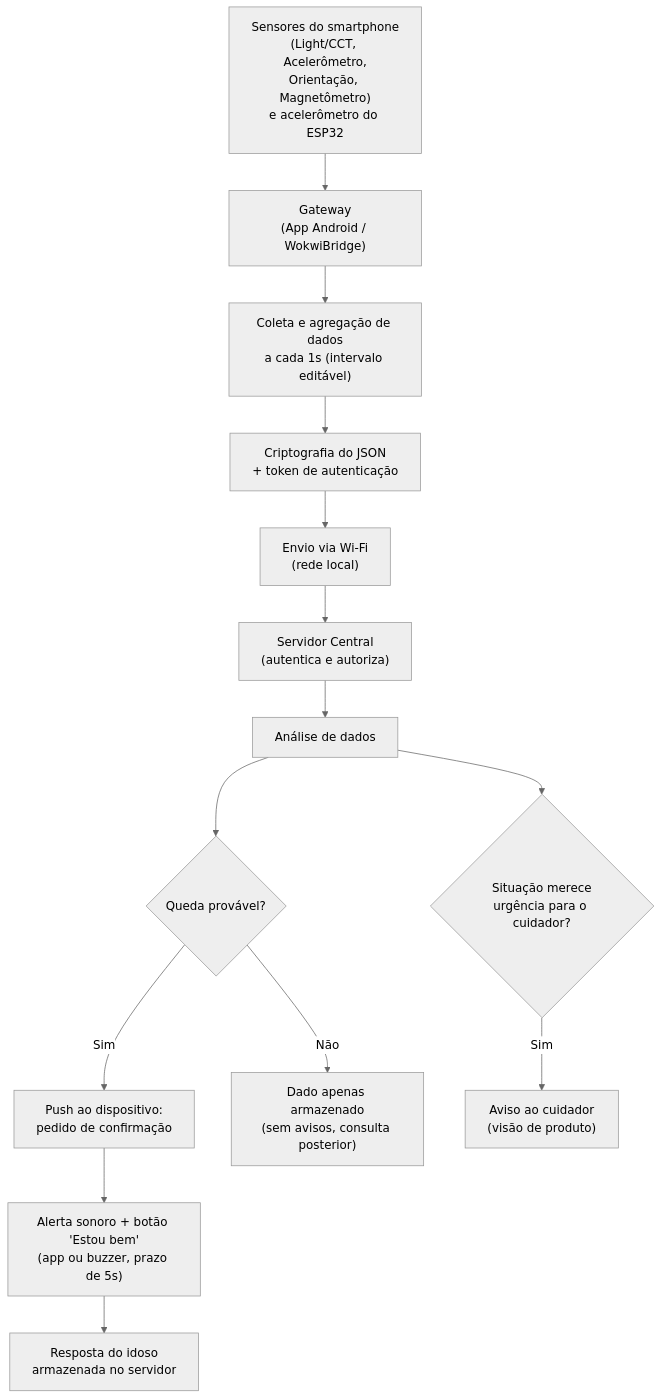
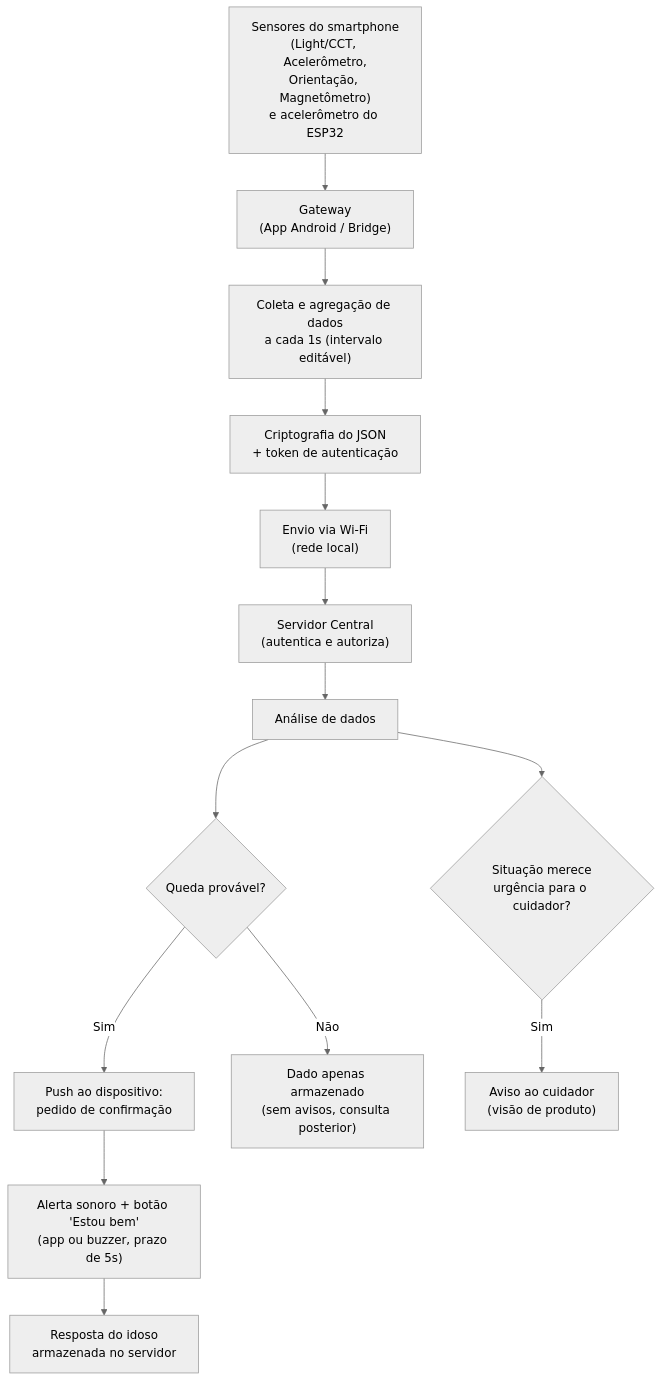
One commit to UFG-INF-SSU-2026/Flow changed the diagram in README.md. Above: the diagram before and after it, drawn with Mermaid (neutral theme). The commit also changed other lines of this file and 34 other files, not shown here.

Commit message:
feat: Bridge como gateway HTTPS desacoplado

````diff
--- a/README.md
+++ b/README.md
@@ -146,16 +146,16 @@
 ```mermaid
 flowchart TD
-    A["Sensores do smartphone<br/>(Light/CCT, Acelerômetro,<br/>Orientação, Magnetômetro)<br/>e acelerômetro do ESP32"] --> B["Gateway<br/>(App Android / WokwiBridge)"]
+    A["Sensores do smartphone<br/>(Light/CCT, Acelerômetro,<br/>Orientação, Magnetômetro)<br/>e acelerômetro do ESP32"] --> B["Gateway<br/>(App Android / Bridge)"]
     B --> C["Coleta e agregação de dados<br/>a cada 1s (intervalo editável)"]
     C --> D["Criptografia do JSON<br/>+ token de autenticação"]
     D --> E["Envio via Wi-Fi<br/>(rede local)"]
     E --> F["Servidor Central<br/>(autentica e autoriza)"]
     F --> G["Análise de dados"]
     G --> H{"Queda provável?"}
     H -->|"Sim"| I["Push ao dispositivo:<br/>pedido de confirmação"]
     I --> J["Alerta sonoro + botão 'Estou bem'<br/>(app ou buzzer, prazo de 5s)"]
     J --> K["Resposta do idoso<br/>armazenada no servidor"]
     H -->|"Não"| L["Dado apenas armazenado<br/>(sem avisos, consulta posterior)"]
     G --> M{"Situação merece<br/>urgência para o cuidador?"}
     M -->|"Sim"| N["Aviso ao cuidador<br/>(visão de produto)"]
 ```
````
